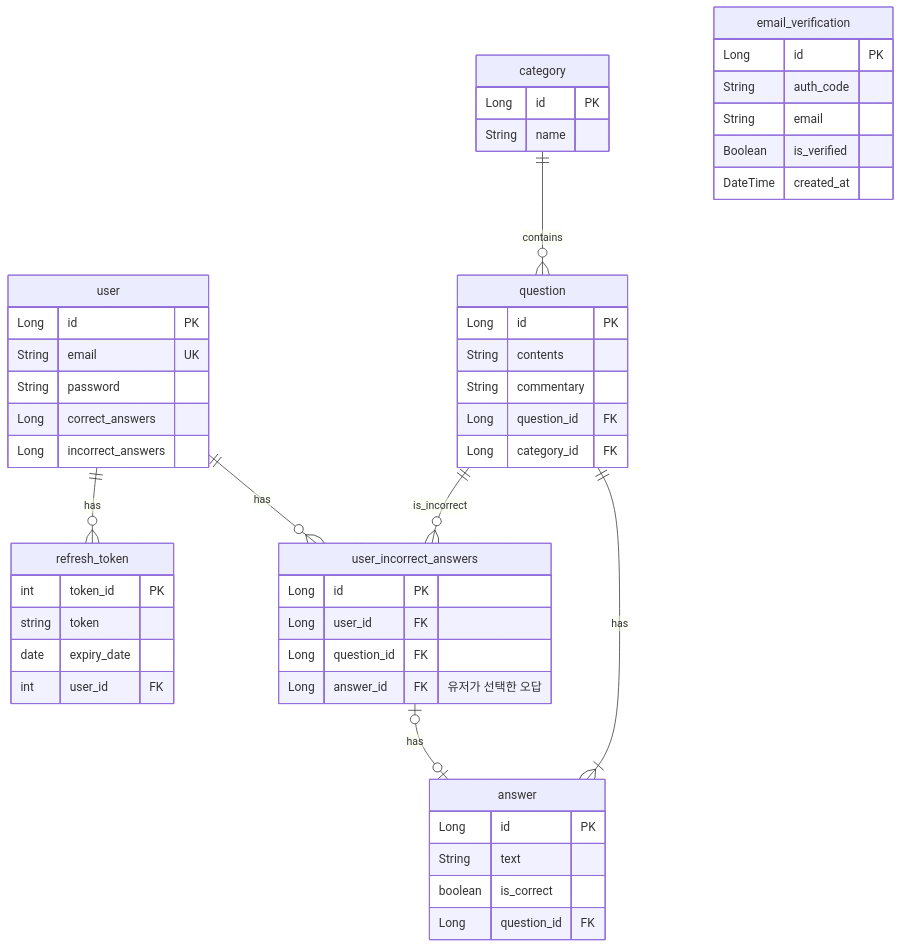
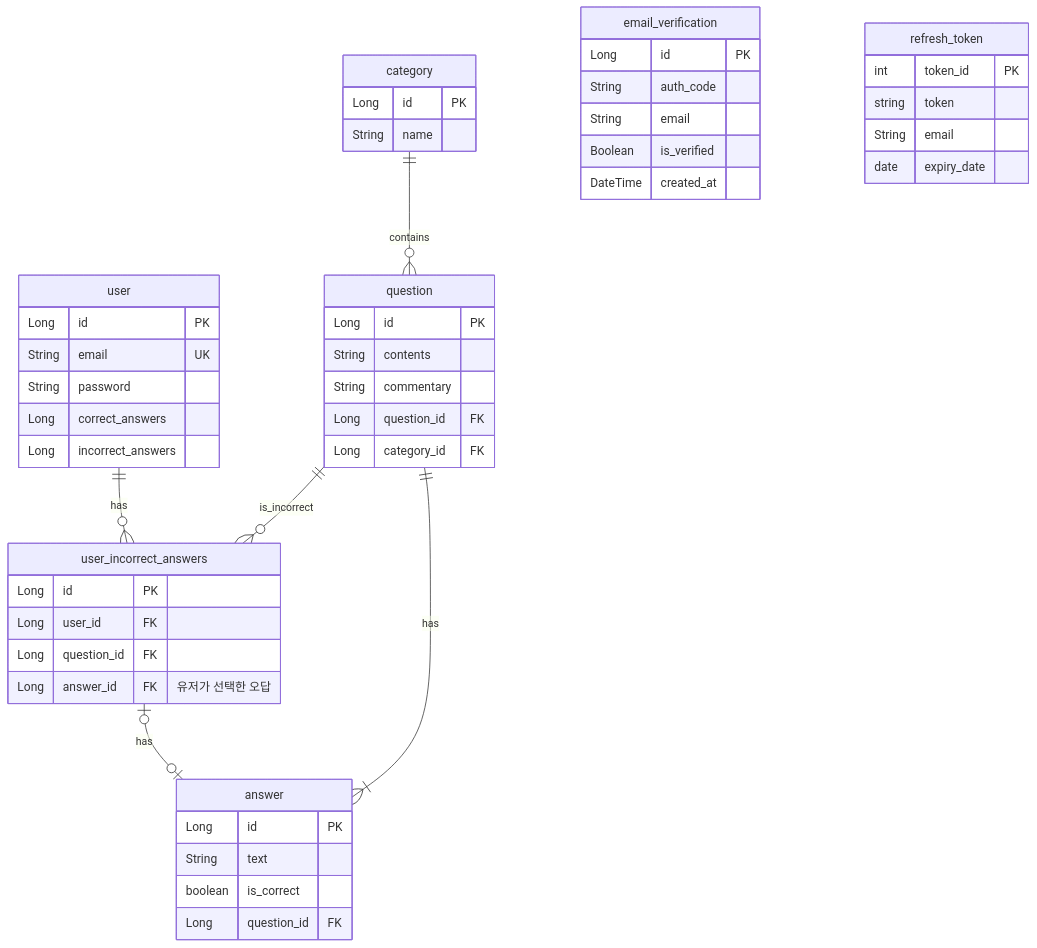
One commit to Q-int/Qint_Backend changed the diagram in README.md. Above: the diagram before and after it, drawn with Mermaid.

Commit message:
docs: refresh_token 연관관계 수정

````diff
--- a/README.md
+++ b/README.md
@@ -3,59 +3,58 @@
 ```mermaid
 erDiagram
     user {
         Long id PK
         String email UK
         String password
         Long correct_answers
         Long incorrect_answers
     }
 
     category {
         Long id PK
         String name
     }
 
     question {
         Long id PK
         String contents
         String commentary
         Long question_id FK
         Long category_id FK
     }
     
     answer {
         Long id PK
         String text
         boolean is_correct
         Long question_id FK
     }
 
     user_incorrect_answers {
         Long id PK
         Long user_id FK
         Long question_id FK
         Long answer_id FK "유저가 선택한 오답"
     }
 
     email_verification {
         Long id PK
         String auth_code
         String email
         Boolean is_verified
         DateTime created_at
     }
 
     refresh_token {
         int token_id PK
         string token
+        String email
         date expiry_date
-        int user_id FK
     }
 
     user ||--o{ user_incorrect_answers : has
-    user ||--o{ refresh_token : has
     category ||--o{ question : contains
     question ||--|{ answer : has
     question ||--o{ user_incorrect_answers : is_incorrect
     user_incorrect_answers |o--o| answer : has
 ```
````
